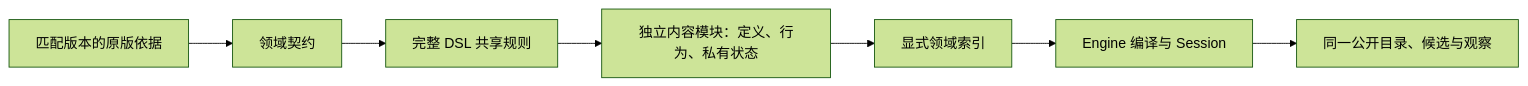
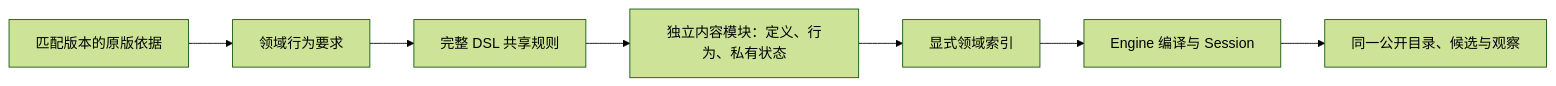
One commit to QingXiang22/auto-the-spire changed the diagram in docs/development/base-spire/explanation/development-model.md. Above: the diagram before and after it, drawn with Mermaid (forest theme). The commit also changed other lines of this file and 130 other files, not shown here.

````diff
--- a/docs/development/base-spire/explanation/development-model.md
+++ b/docs/development/base-spire/explanation/development-model.md
@@ -9,9 +9,9 @@
 ```mermaid
 flowchart LR
-    Source[匹配版本的原版依据] --> Contract[领域契约]
+    Source[匹配版本的原版依据] --> Contract[领域行为要求]
     Contract --> Shared[完整 DSL 共享规则]
     Shared --> Config[独立内容模块：定义、行为、私有状态]
     Config --> Index[显式领域索引]
     Index --> Engine[Engine 编译与 Session]
     Engine --> Public[同一公开目录、候选与观察]
 ```
````
